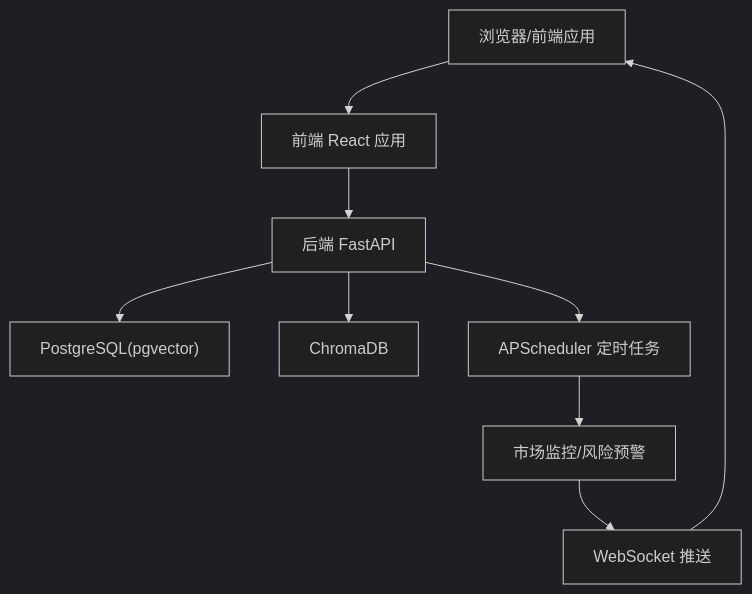
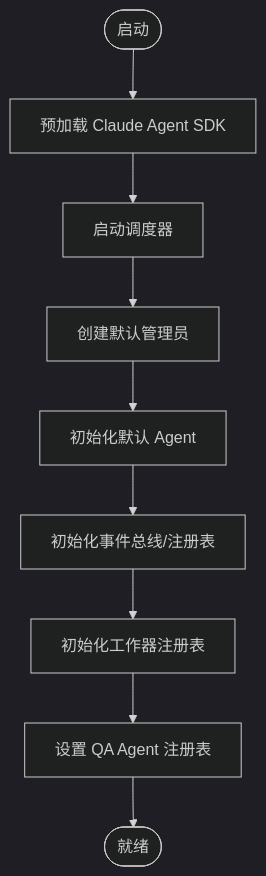
Before and after one commit to angledick/-: the third of 3 diagrams in .qoder/repowiki/zh/content/快速开始.md, drawn with Mermaid (dark theme). The commit also changed other lines of this file and 879 other files, not shown here.

````diff
--- a/.qoder/repowiki/zh/content/快速开始.md
+++ b/.qoder/repowiki/zh/content/快速开始.md
@@ -101,11 +124,11 @@
 ```mermaid
-graph TB
-Browser["浏览器/前端应用"] --> FE["前端 React 应用"]
-FE --> API["后端 FastAPI"]
-API --> DB["PostgreSQL(pgvector)"]
-API --> VDB["ChromaDB"]
-API --> SCHED["APScheduler 定时任务"]
-SCHED --> MONITOR["市场监控/风险预警"]
-MONITOR --> WS["WebSocket 推送"]
-WS --> Browser
+flowchart TD
+Start(["启动"]) --> SDKPreload["预加载 Claude Agent SDK"]
+SDKPreload --> Scheduler["启动调度器"]
+Scheduler --> InitAdmin["创建默认管理员"]
+InitAdmin --> InitAgents["初始化默认 Agent"]
+InitAgents --> EventBus["初始化事件总线/注册表"]
+EventBus --> WorkerReg["初始化工作器注册表"]
+WorkerReg --> QAAgent["设置 QA Agent 注册表"]
+QAAgent --> Done(["就绪"])
 ```
````
